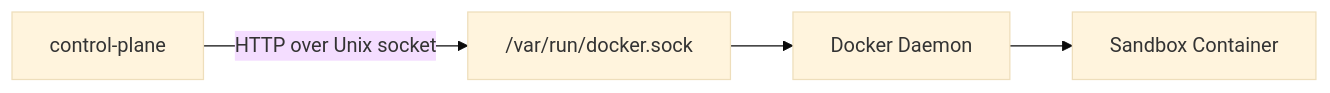
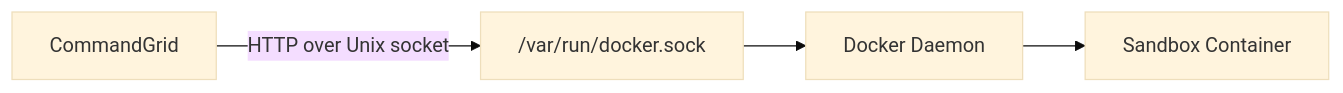
One commit to Travbz/control-plane changed the second of 3 diagrams in docs/provisioners.md. Above: the diagram before and after it, drawn with Mermaid (base theme). The commit also changed other lines of this file and 6 other files, not shown here.

````diff
--- a/docs/provisioners.md
+++ b/docs/provisioners.md
@@ -58,6 +58,6 @@
 ```mermaid
 flowchart LR
-    CP[control-plane] -->|"HTTP over Unix socket"| Socket["/var/run/docker.sock"]
+    CP[CommandGrid] -->|"HTTP over Unix socket"| Socket["/var/run/docker.sock"]
     Socket --> Daemon[Docker Daemon]
     Daemon --> Container[Sandbox Container]
 ```
````
